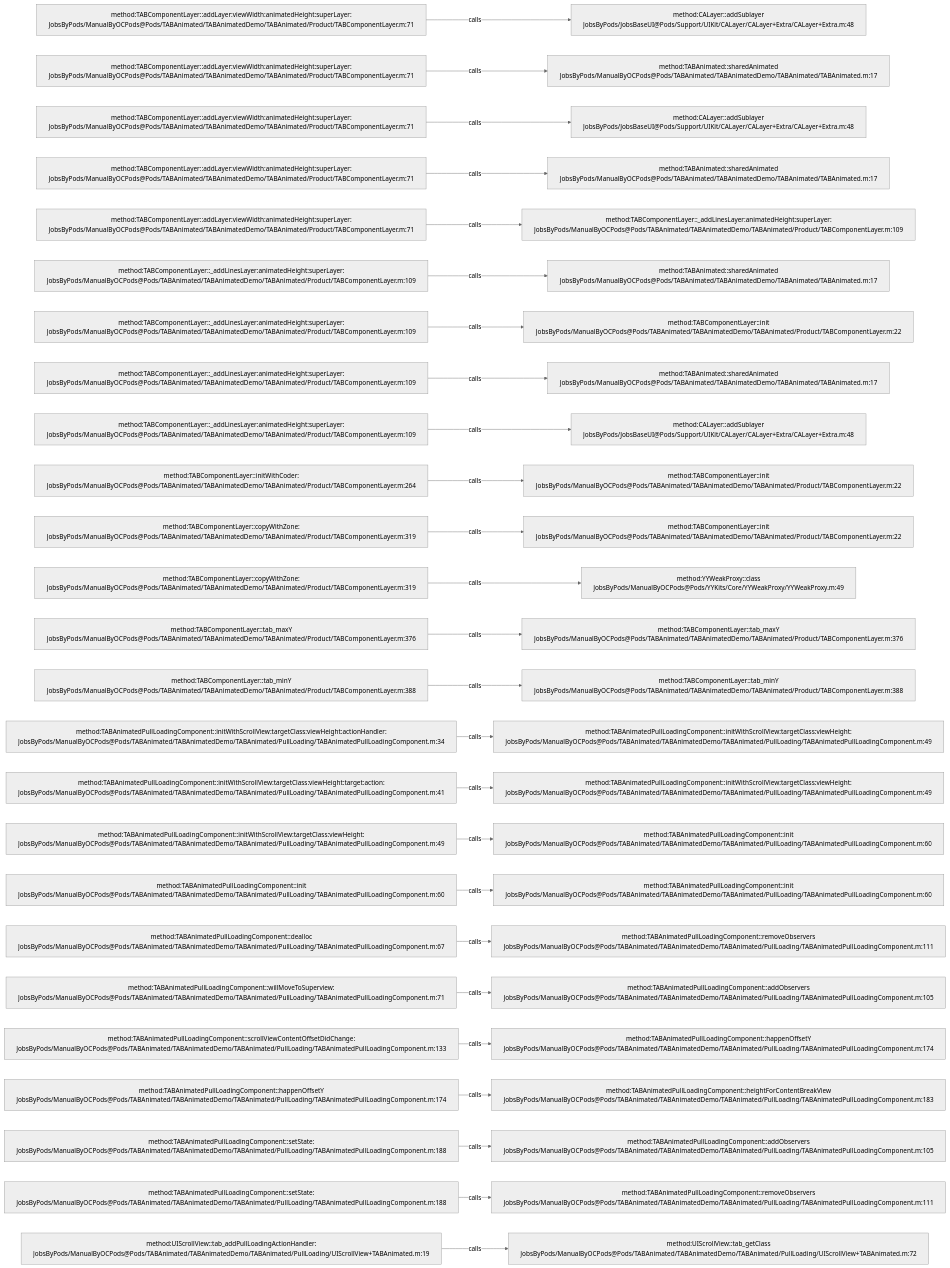
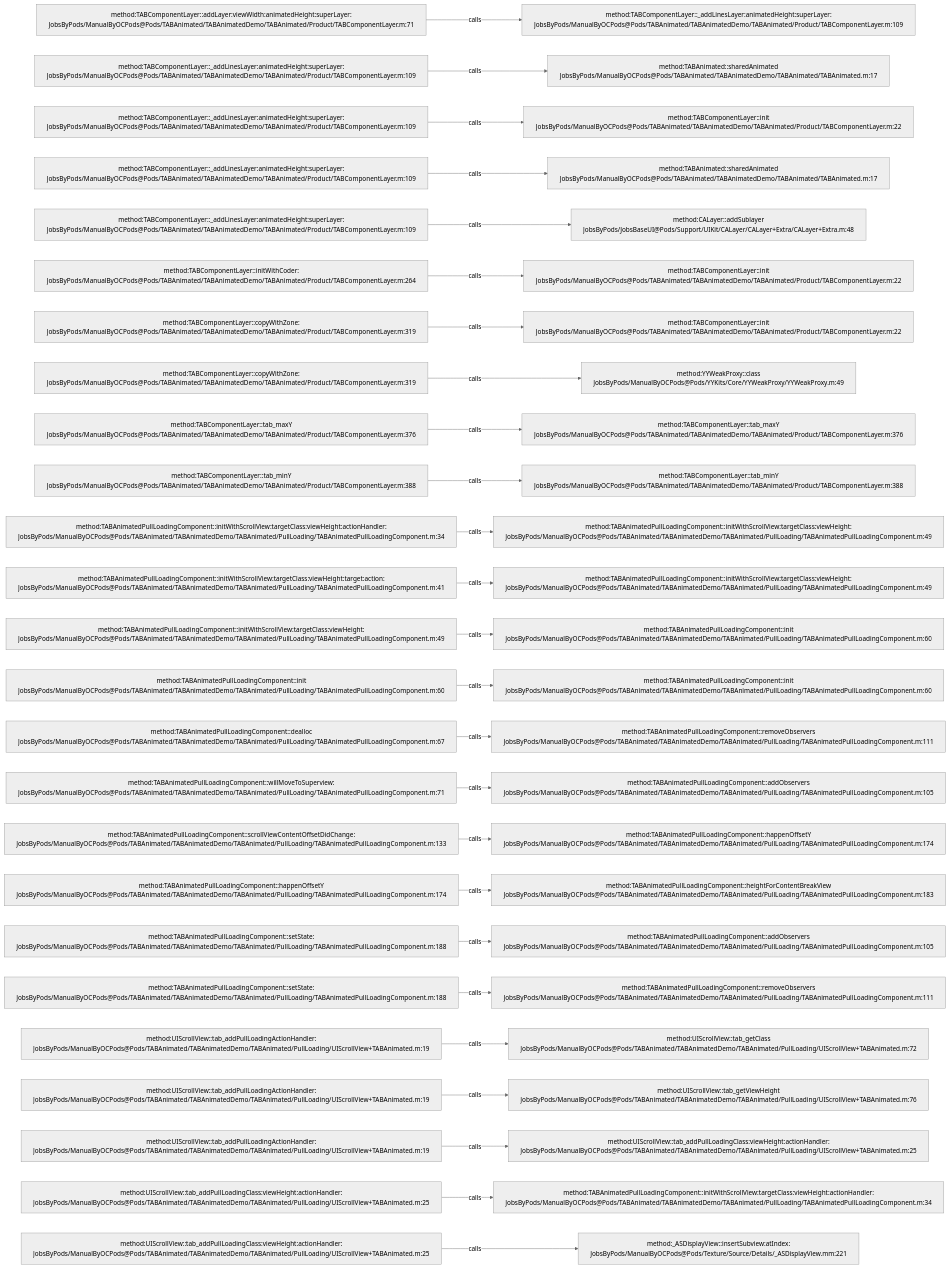
The diagram in .codegraph/codegraph.md/graphs/calls-036.md (JobsKits/JobsOCBaseConfigDemo), drawn with Mermaid (neutral theme) before and after one commit. The commit also changed 727 other files, not shown here.

````diff
--- a/.codegraph/codegraph.md/graphs/calls-036.md
+++ b/.codegraph/codegraph.md/graphs/calls-036.md
@@ -13,78 +13,78 @@
 ```mermaid
 flowchart LR
   S1["method:TABComponentLayer::addLayer:viewWidth:animatedHeight:superLayer:<br/>JobsByPods/ManualByOCPods@Pods/TABAnimated/TABAnimatedDemo/TABAnimated/Product/TABComponentLayer.m:71"]
-  T1["method:CALayer::addSublayer<br/>JobsByPods/JobsBaseUI@Pods/Support/UIKit/CALayer/CALayer+Extra/CALayer+Extra.m:48"]
+  T1["method:TABComponentLayer::_addLinesLayer:animatedHeight:superLayer:<br/>JobsByPods/ManualByOCPods@Pods/TABAnimated/TABAnimatedDemo/TABAnimated/Product/TABComponentLayer.m:109"]
   S1 -->|calls| T1
-  S2["method:TABComponentLayer::addLayer:viewWidth:animatedHeight:superLayer:<br/>JobsByPods/ManualByOCPods@Pods/TABAnimated/TABAnimatedDemo/TABAnimated/Product/TABComponentLayer.m:71"]
+  S2["method:TABComponentLayer::_addLinesLayer:animatedHeight:superLayer:<br/>JobsByPods/ManualByOCPods@Pods/TABAnimated/TABAnimatedDemo/TABAnimated/Product/TABComponentLayer.m:109"]
   T2["method:TABAnimated::sharedAnimated<br/>JobsByPods/ManualByOCPods@Pods/TABAnimated/TABAnimatedDemo/TABAnimated/TABAnimated.m:17"]
   S2 -->|calls| T2
-  S3["method:TABComponentLayer::addLayer:viewWidth:animatedHeight:superLayer:<br/>JobsByPods/ManualByOCPods@Pods/TABAnimated/TABAnimatedDemo/TABAnimated/Product/TABComponentLayer.m:71"]
-  T3["method:CALayer::addSublayer<br/>JobsByPods/JobsBaseUI@Pods/Support/UIKit/CALayer/CALayer+Extra/CALayer+Extra.m:48"]
+  S3["method:TABComponentLayer::_addLinesLayer:animatedHeight:superLayer:<br/>JobsByPods/ManualByOCPods@Pods/TABAnimated/TABAnimatedDemo/TABAnimated/Product/TABComponentLayer.m:109"]
+  T3["method:TABComponentLayer::init<br/>JobsByPods/ManualByOCPods@Pods/TABAnimated/TABAnimatedDemo/TABAnimated/Product/TABComponentLayer.m:22"]
   S3 -->|calls| T3
-  S4["method:TABComponentLayer::addLayer:viewWidth:animatedHeight:superLayer:<br/>JobsByPods/ManualByOCPods@Pods/TABAnimated/TABAnimatedDemo/TABAnimated/Product/TABComponentLayer.m:71"]
+  S4["method:TABComponentLayer::_addLinesLayer:animatedHeight:superLayer:<br/>JobsByPods/ManualByOCPods@Pods/TABAnimated/TABAnimatedDemo/TABAnimated/Product/TABComponentLayer.m:109"]
   T4["method:TABAnimated::sharedAnimated<br/>JobsByPods/ManualByOCPods@Pods/TABAnimated/TABAnimatedDemo/TABAnimated/TABAnimated.m:17"]
   S4 -->|calls| T4
-  S5["method:TABComponentLayer::addLayer:viewWidth:animatedHeight:superLayer:<br/>JobsByPods/ManualByOCPods@Pods/TABAnimated/TABAnimatedDemo/TABAnimated/Product/TABComponentLayer.m:71"]
-  T5["method:TABComponentLayer::_addLinesLayer:animatedHeight:superLayer:<br/>JobsByPods/ManualByOCPods@Pods/TABAnimated/TABAnimatedDemo/TABAnimated/Product/TABComponentLayer.m:109"]
+  S5["method:TABComponentLayer::_addLinesLayer:animatedHeight:superLayer:<br/>JobsByPods/ManualByOCPods@Pods/TABAnimated/TABAnimatedDemo/TABAnimated/Product/TABComponentLayer.m:109"]
+  T5["method:CALayer::addSublayer<br/>JobsByPods/JobsBaseUI@Pods/Support/UIKit/CALayer/CALayer+Extra/CALayer+Extra.m:48"]
   S5 -->|calls| T5
-  S6["method:TABComponentLayer::_addLinesLayer:animatedHeight:superLayer:<br/>JobsByPods/ManualByOCPods@Pods/TABAnimated/TABAnimatedDemo/TABAnimated/Product/TABComponentLayer.m:109"]
-  T6["method:TABAnimated::sharedAnimated<br/>JobsByPods/ManualByOCPods@Pods/TABAnimated/TABAnimatedDemo/TABAnimated/TABAnimated.m:17"]
+  S6["method:TABComponentLayer::initWithCoder:<br/>JobsByPods/ManualByOCPods@Pods/TABAnimated/TABAnimatedDemo/TABAnimated/Product/TABComponentLayer.m:264"]
+  T6["method:TABComponentLayer::init<br/>JobsByPods/ManualByOCPods@Pods/TABAnimated/TABAnimatedDemo/TABAnimated/Product/TABComponentLayer.m:22"]
   S6 -->|calls| T6
-  S7["method:TABComponentLayer::_addLinesLayer:animatedHeight:superLayer:<br/>JobsByPods/ManualByOCPods@Pods/TABAnimated/TABAnimatedDemo/TABAnimated/Product/TABComponentLayer.m:109"]
+  S7["method:TABComponentLayer::copyWithZone:<br/>JobsByPods/ManualByOCPods@Pods/TABAnimated/TABAnimatedDemo/TABAnimated/Product/TABComponentLayer.m:319"]
   T7["method:TABComponentLayer::init<br/>JobsByPods/ManualByOCPods@Pods/TABAnimated/TABAnimatedDemo/TABAnimated/Product/TABComponentLayer.m:22"]
   S7 -->|calls| T7
-  S8["method:TABComponentLayer::_addLinesLayer:animatedHeight:superLayer:<br/>JobsByPods/ManualByOCPods@Pods/TABAnimated/TABAnimatedDemo/TABAnimated/Product/TABComponentLayer.m:109"]
-  T8["method:TABAnimated::sharedAnimated<br/>JobsByPods/ManualByOCPods@Pods/TABAnimated/TABAnimatedDemo/TABAnimated/TABAnimated.m:17"]
+  S8["method:TABComponentLayer::copyWithZone:<br/>JobsByPods/ManualByOCPods@Pods/TABAnimated/TABAnimatedDemo/TABAnimated/Product/TABComponentLayer.m:319"]
+  T8["method:YYWeakProxy::class<br/>JobsByPods/ManualByOCPods@Pods/YYKits/Core/YYWeakProxy/YYWeakProxy.m:49"]
   S8 -->|calls| T8
-  S9["method:TABComponentLayer::_addLinesLayer:animatedHeight:superLayer:<br/>JobsByPods/ManualByOCPods@Pods/TABAnimated/TABAnimatedDemo/TABAnimated/Product/TABComponentLayer.m:109"]
-  T9["method:CALayer::addSublayer<br/>JobsByPods/JobsBaseUI@Pods/Support/UIKit/CALayer/CALayer+Extra/CALayer+Extra.m:48"]
+  S9["method:TABComponentLayer::tab_maxY<br/>JobsByPods/ManualByOCPods@Pods/TABAnimated/TABAnimatedDemo/TABAnimated/Product/TABComponentLayer.m:376"]
+  T9["method:TABComponentLayer::tab_maxY<br/>JobsByPods/ManualByOCPods@Pods/TABAnimated/TABAnimatedDemo/TABAnimated/Product/TABComponentLayer.m:376"]
   S9 -->|calls| T9
-  S10["method:TABComponentLayer::initWithCoder:<br/>JobsByPods/ManualByOCPods@Pods/TABAnimated/TABAnimatedDemo/TABAnimated/Product/TABComponentLayer.m:264"]
-  T10["method:TABComponentLayer::init<br/>JobsByPods/ManualByOCPods@Pods/TABAnimated/TABAnimatedDemo/TABAnimated/Product/TABComponentLayer.m:22"]
+  S10["method:TABComponentLayer::tab_minY<br/>JobsByPods/ManualByOCPods@Pods/TABAnimated/TABAnimatedDemo/TABAnimated/Product/TABComponentLayer.m:388"]
+  T10["method:TABComponentLayer::tab_minY<br/>JobsByPods/ManualByOCPods@Pods/TABAnimated/TABAnimatedDemo/TABAnimated/Product/TABComponentLayer.m:388"]
   S10 -->|calls| T10
-  S11["method:TABComponentLayer::copyWithZone:<br/>JobsByPods/ManualByOCPods@Pods/TABAnimated/TABAnimatedDemo/TABAnimated/Product/TABComponentLayer.m:319"]
-  T11["method:TABComponentLayer::init<br/>JobsByPods/ManualByOCPods@Pods/TABAnimated/TABAnimatedDemo/TABAnimated/Product/TABComponentLayer.m:22"]
+  S11["method:TABAnimatedPullLoadingComponent::initWithScrollView:targetClass:viewHeight:actionHandler:<br/>JobsByPods/ManualByOCPods@Pods/TABAnimated/TABAnimatedDemo/TABAnimated/PullLoading/TABAnimatedPullLoadingComponent.m:34"]
+  T11["method:TABAnimatedPullLoadingComponent::initWithScrollView:targetClass:viewHeight:<br/>JobsByPods/ManualByOCPods@Pods/TABAnimated/TABAnimatedDemo/TABAnimated/PullLoading/TABAnimatedPullLoadingComponent.m:49"]
   S11 -->|calls| T11
-  S12["method:TABComponentLayer::copyWithZone:<br/>JobsByPods/ManualByOCPods@Pods/TABAnimated/TABAnimatedDemo/TABAnimated/Product/TABComponentLayer.m:319"]
-  T12["method:YYWeakProxy::class<br/>JobsByPods/ManualByOCPods@Pods/YYKits/Core/YYWeakProxy/YYWeakProxy.m:49"]
+  S12["method:TABAnimatedPullLoadingComponent::initWithScrollView:targetClass:viewHeight:target:action:<br/>JobsByPods/ManualByOCPods@Pods/TABAnimated/TABAnimatedDemo/TABAnimated/PullLoading/TABAnimatedPullLoadingComponent.m:41"]
+  T12["method:TABAnimatedPullLoadingComponent::initWithScrollView:targetClass:viewHeight:<br/>JobsByPods/ManualByOCPods@Pods/TABAnimated/TABAnimatedDemo/TABAnimated/PullLoading/TABAnimatedPullLoadingComponent.m:49"]
   S12 -->|calls| T12
-  S13["method:TABComponentLayer::tab_maxY<br/>JobsByPods/ManualByOCPods@Pods/TABAnimated/TABAnimatedDemo/TABAnimated/Product/TABComponentLayer.m:376"]
-  T13["method:TABComponentLayer::tab_maxY<br/>JobsByPods/ManualByOCPods@Pods/TABAnimated/TABAnimatedDemo/TABAnimated/Product/TABComponentLayer.m:376"]
+  S13["method:TABAnimatedPullLoadingComponent::initWithScrollView:targetClass:viewHeight:<br/>JobsByPods/ManualByOCPods@Pods/TABAnimated/TABAnimatedDemo/TABAnimated/PullLoading/TABAnimatedPullLoadingComponent.m:49"]
+  T13["method:TABAnimatedPullLoadingComponent::init<br/>JobsByPods/ManualByOCPods@Pods/TABAnimated/TABAnimatedDemo/TABAnimated/PullLoading/TABAnimatedPullLoadingComponent.m:60"]
   S13 -->|calls| T13
-  S14["method:TABComponentLayer::tab_minY<br/>JobsByPods/ManualByOCPods@Pods/TABAnimated/TABAnimatedDemo/TABAnimated/Product/TABComponentLayer.m:388"]
-  T14["method:TABComponentLayer::tab_minY<br/>JobsByPods/ManualByOCPods@Pods/TABAnimated/TABAnimatedDemo/TABAnimated/Product/TABComponentLayer.m:388"]
+  S14["method:TABAnimatedPullLoadingComponent::init<br/>JobsByPods/ManualByOCPods@Pods/TABAnimated/TABAnimatedDemo/TABAnimated/PullLoading/TABAnimatedPullLoadingComponent.m:60"]
+  T14["method:TABAnimatedPullLoadingComponent::init<br/>JobsByPods/ManualByOCPods@Pods/TABAnimated/TABAnimatedDemo/TABAnimated/PullLoading/TABAnimatedPullLoadingComponent.m:60"]
   S14 -->|calls| T14
-  S15["method:TABAnimatedPullLoadingComponent::initWithScrollView:targetClass:viewHeight:actionHandler:<br/>JobsByPods/ManualByOCPods@Pods/TABAnimated/TABAnimatedDemo/TABAnimated/PullLoading/TABAnimatedPullLoadingComponent.m:34"]
-  T15["method:TABAnimatedPullLoadingComponent::initWithScrollView:targetClass:viewHeight:<br/>JobsByPods/ManualByOCPods@Pods/TABAnimated/TABAnimatedDemo/TABAnimated/PullLoading/TABAnimatedPullLoadingComponent.m:49"]
+  S15["method:TABAnimatedPullLoadingComponent::dealloc<br/>JobsByPods/ManualByOCPods@Pods/TABAnimated/TABAnimatedDemo/TABAnimated/PullLoading/TABAnimatedPullLoadingComponent.m:67"]
+  T15["method:TABAnimatedPullLoadingComponent::removeObservers<br/>JobsByPods/ManualByOCPods@Pods/TABAnimated/TABAnimatedDemo/TABAnimated/PullLoading/TABAnimatedPullLoadingComponent.m:111"]
   S15 -->|calls| T15
-  S16["method:TABAnimatedPullLoadingComponent::initWithScrollView:targetClass:viewHeight:target:action:<br/>JobsByPods/ManualByOCPods@Pods/TABAnimated/TABAnimatedDemo/TABAnimated/PullLoading/TABAnimatedPullLoadingComponent.m:41"]
-  T16["method:TABAnimatedPullLoadingComponent::initWithScrollView:targetClass:viewHeight:<br/>JobsByPods/ManualByOCPods@Pods/TABAnimated/TABAnimatedDemo/TABAnimated/PullLoading/TABAnimatedPullLoadingComponent.m:49"]
+  S16["method:TABAnimatedPullLoadingComponent::willMoveToSuperview:<br/>JobsByPods/ManualByOCPods@Pods/TABAnimated/TABAnimatedDemo/TABAnimated/PullLoading/TABAnimatedPullLoadingComponent.m:71"]
+  T16["method:TABAnimatedPullLoadingComponent::addObservers<br/>JobsByPods/ManualByOCPods@Pods/TABAnimated/TABAnimatedDemo/TABAnimated/PullLoading/TABAnimatedPullLoadingComponent.m:105"]
   S16 -->|calls| T16
-  S17["method:TABAnimatedPullLoadingComponent::initWithScrollView:targetClass:viewHeight:<br/>JobsByPods/ManualByOCPods@Pods/TABAnimated/TABAnimatedDemo/TABAnimated/PullLoading/TABAnimatedPullLoadingComponent.m:49"]
-  T17["method:TABAnimatedPullLoadingComponent::init<br/>JobsByPods/ManualByOCPods@Pods/TABAnimated/TABAnimatedDemo/TABAnimated/PullLoading/TABAnimatedPullLoadingComponent.m:60"]
+  S17["method:TABAnimatedPullLoadingComponent::scrollViewContentOffsetDidChange:<br/>JobsByPods/ManualByOCPods@Pods/TABAnimated/TABAnimatedDemo/TABAnimated/PullLoading/TABAnimatedPullLoadingComponent.m:133"]
+  T17["method:TABAnimatedPullLoadingComponent::happenOffsetY<br/>JobsByPods/ManualByOCPods@Pods/TABAnimated/TABAnimatedDemo/TABAnimated/PullLoading/TABAnimatedPullLoadingComponent.m:174"]
   S17 -->|calls| T17
-  S18["method:TABAnimatedPullLoadingComponent::init<br/>JobsByPods/ManualByOCPods@Pods/TABAnimated/TABAnimatedDemo/TABAnimated/PullLoading/TABAnimatedPullLoadingComponent.m:60"]
-  T18["method:TABAnimatedPullLoadingComponent::init<br/>JobsByPods/ManualByOCPods@Pods/TABAnimated/TABAnimatedDemo/TABAnimated/PullLoading/TABAnimatedPullLoadingComponent.m:60"]
+  S18["method:TABAnimatedPullLoadingComponent::happenOffsetY<br/>JobsByPods/ManualByOCPods@Pods/TABAnimated/TABAnimatedDemo/TABAnimated/PullLoading/TABAnimatedPullLoadingComponent.m:174"]
+  T18["method:TABAnimatedPullLoadingComponent::heightForContentBreakView<br/>JobsByPods/ManualByOCPods@Pods/TABAnimated/TABAnimatedDemo/TABAnimated/PullLoading/TABAnimatedPullLoadingComponent.m:183"]
   S18 -->|calls| T18
-  S19["method:TABAnimatedPullLoadingComponent::dealloc<br/>JobsByPods/ManualByOCPods@Pods/TABAnimated/TABAnimatedDemo/TABAnimated/PullLoading/TABAnimatedPullLoadingComponent.m:67"]
-  T19["method:TABAnimatedPullLoadingComponent::removeObservers<br/>JobsByPods/ManualByOCPods@Pods/TABAnimated/TABAnimatedDemo/TABAnimated/PullLoading/TABAnimatedPullLoadingComponent.m:111"]
+  S19["method:TABAnimatedPullLoadingComponent::setState:<br/>JobsByPods/ManualByOCPods@Pods/TABAnimated/TABAnimatedDemo/TABAnimated/PullLoading/TABAnimatedPullLoadingComponent.m:188"]
+  T19["method:TABAnimatedPullLoadingComponent::addObservers<br/>JobsByPods/ManualByOCPods@Pods/TABAnimated/TABAnimatedDemo/TABAnimated/PullLoading/TABAnimatedPullLoadingComponent.m:105"]
   S19 -->|calls| T19
-  S20["method:TABAnimatedPullLoadingComponent::willMoveToSuperview:<br/>JobsByPods/ManualByOCPods@Pods/TABAnimated/TABAnimatedDemo/TABAnimated/PullLoading/TABAnimatedPullLoadingComponent.m:71"]
-  T20["method:TABAnimatedPullLoadingComponent::addObservers<br/>JobsByPods/ManualByOCPods@Pods/TABAnimated/TABAnimatedDemo/TABAnimated/PullLoading/TABAnimatedPullLoadingComponent.m:105"]
+  S20["method:TABAnimatedPullLoadingComponent::setState:<br/>JobsByPods/ManualByOCPods@Pods/TABAnimated/TABAnimatedDemo/TABAnimated/PullLoading/TABAnimatedPullLoadingComponent.m:188"]
+  T20["method:TABAnimatedPullLoadingComponent::removeObservers<br/>JobsByPods/ManualByOCPods@Pods/TABAnimated/TABAnimatedDemo/TABAnimated/PullLoading/TABAnimatedPullLoadingComponent.m:111"]
   S20 -->|calls| T20
-  S21["method:TABAnimatedPullLoadingComponent::scrollViewContentOffsetDidChange:<br/>JobsByPods/ManualByOCPods@Pods/TABAnimated/TABAnimatedDemo/TABAnimated/PullLoading/TABAnimatedPullLoadingComponent.m:133"]
-  T21["method:TABAnimatedPullLoadingComponent::happenOffsetY<br/>JobsByPods/ManualByOCPods@Pods/TABAnimated/TABAnimatedDemo/TABAnimated/PullLoading/TABAnimatedPullLoadingComponent.m:174"]
+  S21["method:UIScrollView::tab_addPullLoadingActionHandler:<br/>JobsByPods/ManualByOCPods@Pods/TABAnimated/TABAnimatedDemo/TABAnimated/PullLoading/UIScrollView+TABAnimated.m:19"]
+  T21["method:UIScrollView::tab_getClass<br/>JobsByPods/ManualByOCPods@Pods/TABAnimated/TABAnimatedDemo/TABAnimated/PullLoading/UIScrollView+TABAnimated.m:72"]
   S21 -->|calls| T21
-  S22["method:TABAnimatedPullLoadingComponent::happenOffsetY<br/>JobsByPods/ManualByOCPods@Pods/TABAnimated/TABAnimatedDemo/TABAnimated/PullLoading/TABAnimatedPullLoadingComponent.m:174"]
-  T22["method:TABAnimatedPullLoadingComponent::heightForContentBreakView<br/>JobsByPods/ManualByOCPods@Pods/TABAnimated/TABAnimatedDemo/TABAnimated/PullLoading/TABAnimatedPullLoadingComponent.m:183"]
+  S22["method:UIScrollView::tab_addPullLoadingActionHandler:<br/>JobsByPods/ManualByOCPods@Pods/TABAnimated/TABAnimatedDemo/TABAnimated/PullLoading/UIScrollView+TABAnimated.m:19"]
+  T22["method:UIScrollView::tab_getViewHeight<br/>JobsByPods/ManualByOCPods@Pods/TABAnimated/TABAnimatedDemo/TABAnimated/PullLoading/UIScrollView+TABAnimated.m:76"]
   S22 -->|calls| T22
-  S23["method:TABAnimatedPullLoadingComponent::setState:<br/>JobsByPods/ManualByOCPods@Pods/TABAnimated/TABAnimatedDemo/TABAnimated/PullLoading/TABAnimatedPullLoadingComponent.m:188"]
-  T23["method:TABAnimatedPullLoadingComponent::addObservers<br/>JobsByPods/ManualByOCPods@Pods/TABAnimated/TABAnimatedDemo/TABAnimated/PullLoading/TABAnimatedPullLoadingComponent.m:105"]
+  S23["method:UIScrollView::tab_addPullLoadingActionHandler:<br/>JobsByPods/ManualByOCPods@Pods/TABAnimated/TABAnimatedDemo/TABAnimated/PullLoading/UIScrollView+TABAnimated.m:19"]
+  T23["method:UIScrollView::tab_addPullLoadingClass:viewHeight:actionHandler:<br/>JobsByPods/ManualByOCPods@Pods/TABAnimated/TABAnimatedDemo/TABAnimated/PullLoading/UIScrollView+TABAnimated.m:25"]
   S23 -->|calls| T23
-  S24["method:TABAnimatedPullLoadingComponent::setState:<br/>JobsByPods/ManualByOCPods@Pods/TABAnimated/TABAnimatedDemo/TABAnimated/PullLoading/TABAnimatedPullLoadingComponent.m:188"]
-  T24["method:TABAnimatedPullLoadingComponent::removeObservers<br/>JobsByPods/ManualByOCPods@Pods/TABAnimated/TABAnimatedDemo/TABAnimated/PullLoading/TABAnimatedPullLoadingComponent.m:111"]
+  S24["method:UIScrollView::tab_addPullLoadingClass:viewHeight:actionHandler:<br/>JobsByPods/ManualByOCPods@Pods/TABAnimated/TABAnimatedDemo/TABAnimated/PullLoading/UIScrollView+TABAnimated.m:25"]
+  T24["method:TABAnimatedPullLoadingComponent::initWithScrollView:targetClass:viewHeight:actionHandler:<br/>JobsByPods/ManualByOCPods@Pods/TABAnimated/TABAnimatedDemo/TABAnimated/PullLoading/TABAnimatedPullLoadingComponent.m:34"]
   S24 -->|calls| T24
-  S25["method:UIScrollView::tab_addPullLoadingActionHandler:<br/>JobsByPods/ManualByOCPods@Pods/TABAnimated/TABAnimatedDemo/TABAnimated/PullLoading/UIScrollView+TABAnimated.m:19"]
-  T25["method:UIScrollView::tab_getClass<br/>JobsByPods/ManualByOCPods@Pods/TABAnimated/TABAnimatedDemo/TABAnimated/PullLoading/UIScrollView+TABAnimated.m:72"]
+  S25["method:UIScrollView::tab_addPullLoadingClass:viewHeight:actionHandler:<br/>JobsByPods/ManualByOCPods@Pods/TABAnimated/TABAnimatedDemo/TABAnimated/PullLoading/UIScrollView+TABAnimated.m:25"]
+  T25["method:_ASDisplayView::insertSubview:atIndex:<br/>JobsByPods/ManualByOCPods@Pods/Texture/Source/Details/_ASDisplayView.mm:221"]
   S25 -->|calls| T25
 ```
````
